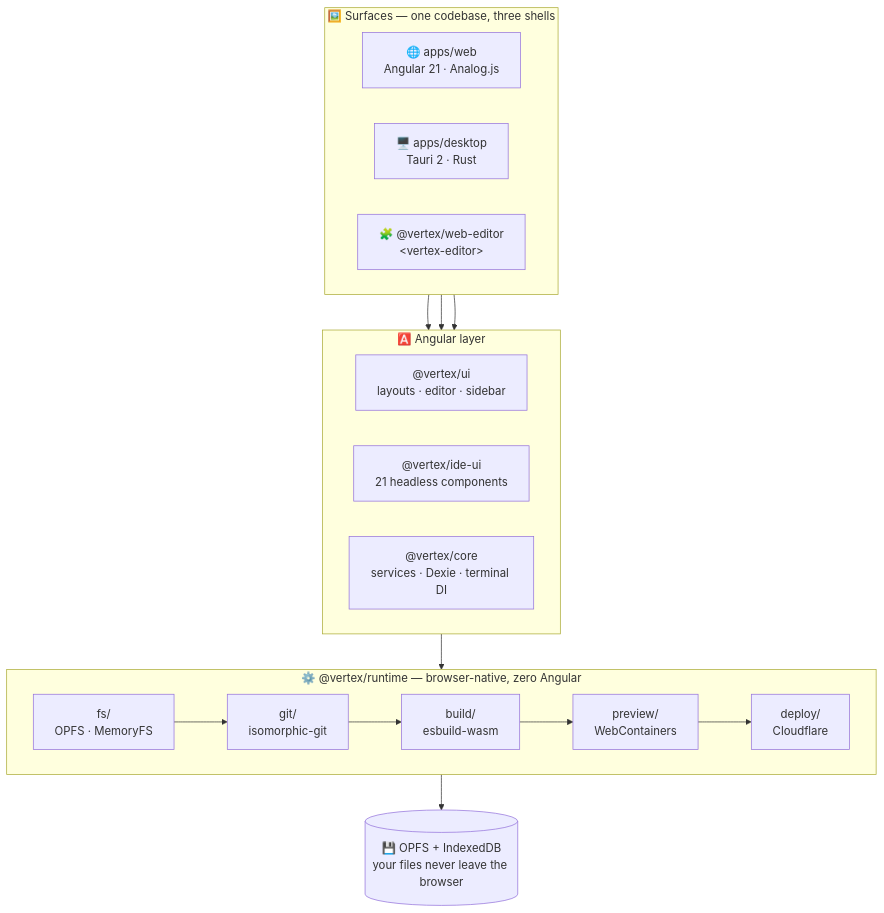
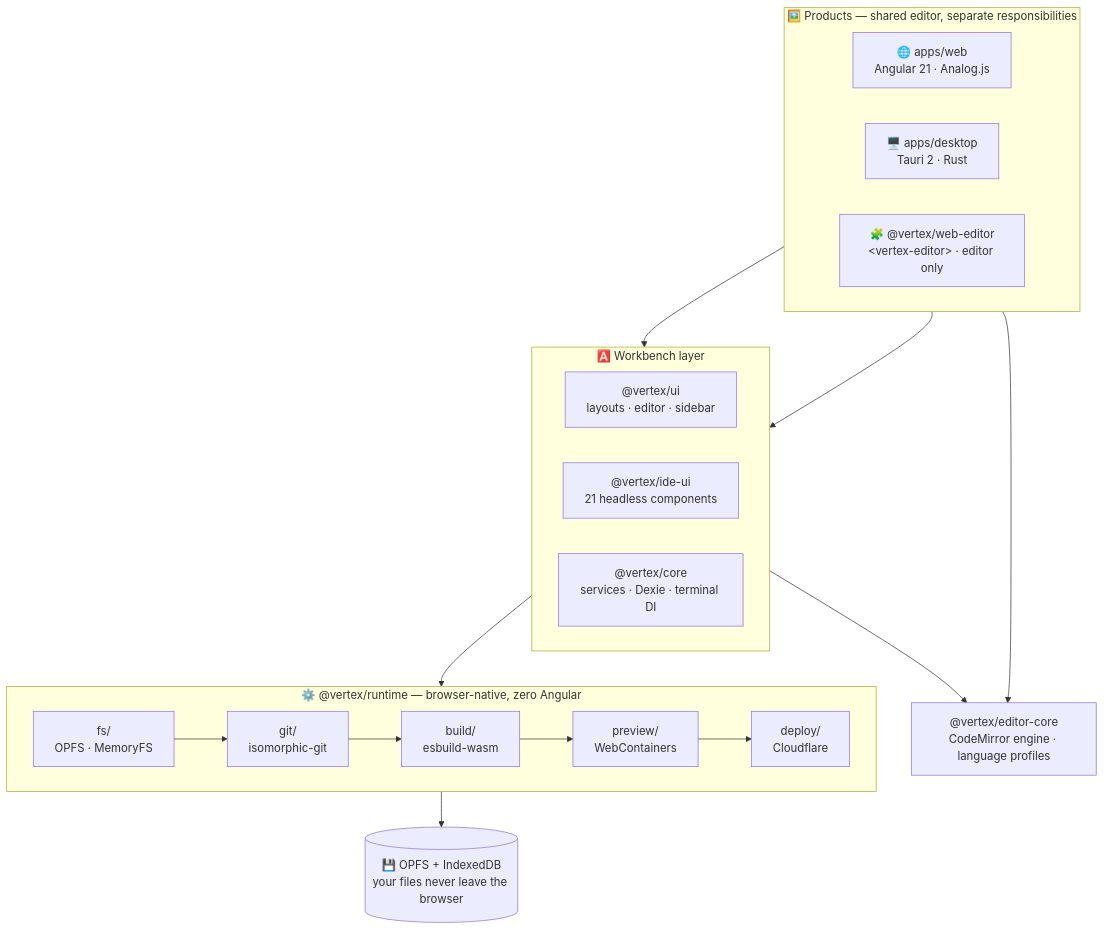
Before and after one commit to Andersseen/vertex: the first of 2 diagrams in README.md, drawn with Mermaid. The commit also changed other lines of this file and 43 other files, not shown here.

Commit message:
refactor: establish shared editor foundation

````diff
--- a/README.md
+++ b/README.md
@@ -176,27 +178,30 @@
 ```mermaid
 flowchart TB
-  subgraph SURFACES["🖼️ Surfaces — one codebase, three shells"]
+  subgraph SURFACES["🖼️ Products — shared editor, separate responsibilities"]
     direction LR
     W["🌐 apps/web<br/>Angular 21 · Analog.js"]
     D["🖥️ apps/desktop<br/>Tauri 2 · Rust"]
-    E["🧩 @vertex/web-editor<br/>&lt;vertex-editor&gt;"]
+    E["🧩 @vertex/web-editor<br/>&lt;vertex-editor&gt; · editor only"]
   end
 
-  subgraph ANGULAR["🅰️ Angular layer"]
+  EDITOR["@vertex/editor-core<br/>CodeMirror engine · language profiles"]
+
+  subgraph ANGULAR["🅰️ Workbench layer"]
     direction LR
     UI["@vertex/ui<br/>layouts · editor · sidebar"]
     IDEUI["@vertex/ide-ui<br/>21 headless components"]
     CORE["@vertex/core<br/>services · Dexie · terminal DI"]
   end
 
   subgraph RUNTIME["⚙️ @vertex/runtime — browser-native, zero Angular"]
     direction LR
     FS["fs/<br/>OPFS · MemoryFS"] --> GIT["git/<br/>isomorphic-git"] --> BUILD["build/<br/>esbuild-wasm"] --> PREVIEW["preview/<br/>WebContainers"] --> DEPLOY["deploy/<br/>Cloudflare"]
   end
 
   W --> ANGULAR
   D --> ANGULAR
-  E --> IDEUI
+  E --> EDITOR
+  UI --> EDITOR
   ANGULAR --> RUNTIME
   RUNTIME --> STORE[("💾 OPFS + IndexedDB<br/>your files never leave the browser")]
 ```
````
